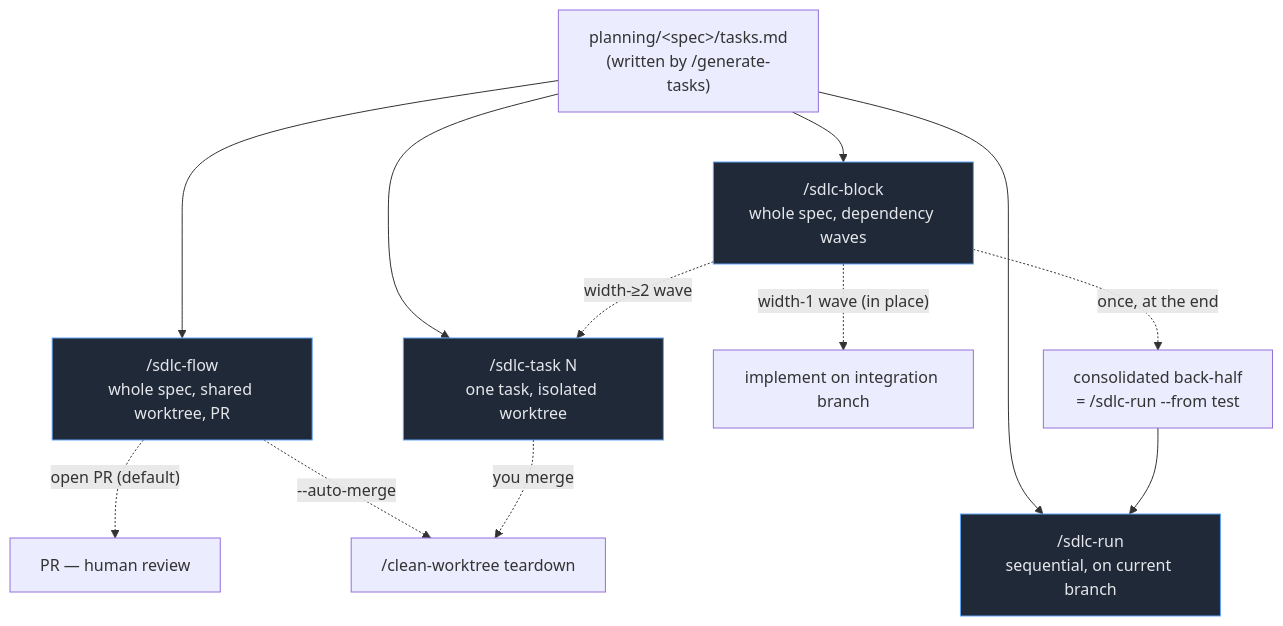
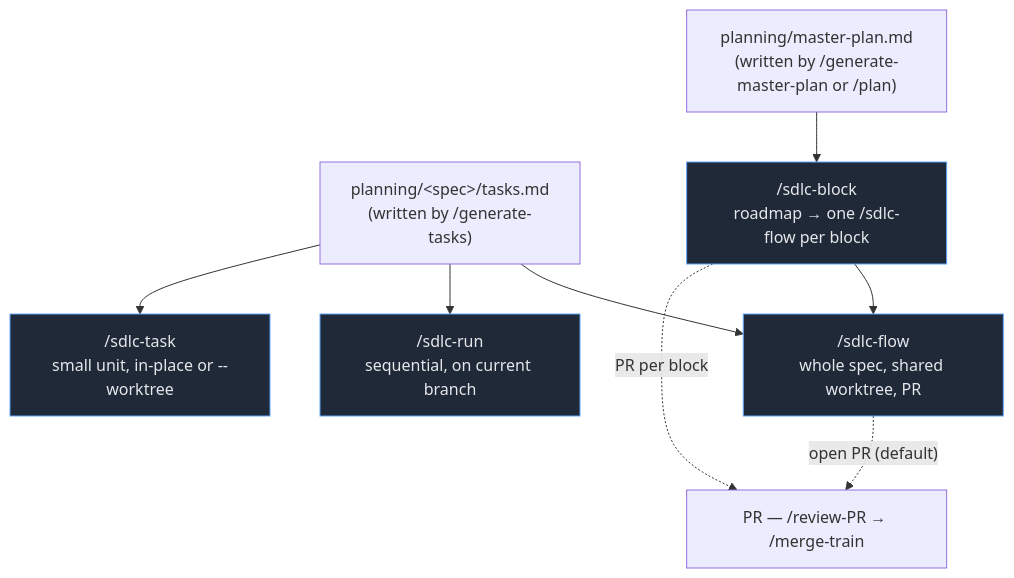
The diagram in docs/workflows/index.md (bredmond1019/agentic-base-template), drawn with Mermaid before and after one commit. The commit also changed other lines of this file and 9 other files, not shown here.

Commit message:
docs(Phase 3 B): workflow + command docs rewrite — redesign master-plan complete

````diff
--- a/docs/workflows/index.md
+++ b/docs/workflows/index.md
@@ -38,19 +42,18 @@
 ```mermaid
 flowchart TD
-    spec["planning/&lt;spec&gt;/tasks.md<br/>(written by /generate-tasks)"]
-    spec --> flow["/sdlc-flow<br/>whole spec, shared worktree, PR"]
-    spec --> run["/sdlc-run<br/>sequential, on current branch"]
-    spec --> task["/sdlc-task N<br/>one task, isolated worktree"]
-    spec --> block["/sdlc-block<br/>whole spec, dependency waves"]
+    plan["planning/&lt;spec&gt;/tasks.md<br/>(written by /generate-tasks)"]
+    roadmap["planning/master-plan.md<br/>(written by /generate-master-plan or /plan)"]
 
-    flow -. "open PR (default)" .-> pr["PR — human review"]
-    flow -. "--auto-merge" .-> clean["/clean-worktree teardown"]
-    block -. "width-1 wave (in place)" .-> inplace["implement on integration branch"]
-    block -. "width-≥2 wave" .-> task
-    block -. "once, at the end" .-> backhalf["consolidated back-half<br/>= /sdlc-run --from test"]
-    backhalf --> run
-    task -. "you merge" .-> clean
+    plan --> flow["/sdlc-flow<br/>whole spec, shared worktree, PR"]
+    plan --> run["/sdlc-run<br/>sequential, on current branch"]
+    plan --> task["/sdlc-task<br/>small unit, in-place or --worktree"]
+
+    roadmap --> block["/sdlc-block<br/>roadmap → one /sdlc-flow per block"]
+    block --> flow
+
+    flow -. "open PR (default)" .-> pr["PR — /review-PR → /merge-train"]
+    block -. "PR per block" .-> pr
 
     classDef engine fill:#1f2937,stroke:#60a5fa,color:#e5e7eb;
     class flow,run,task,block engine;
 ```
````
